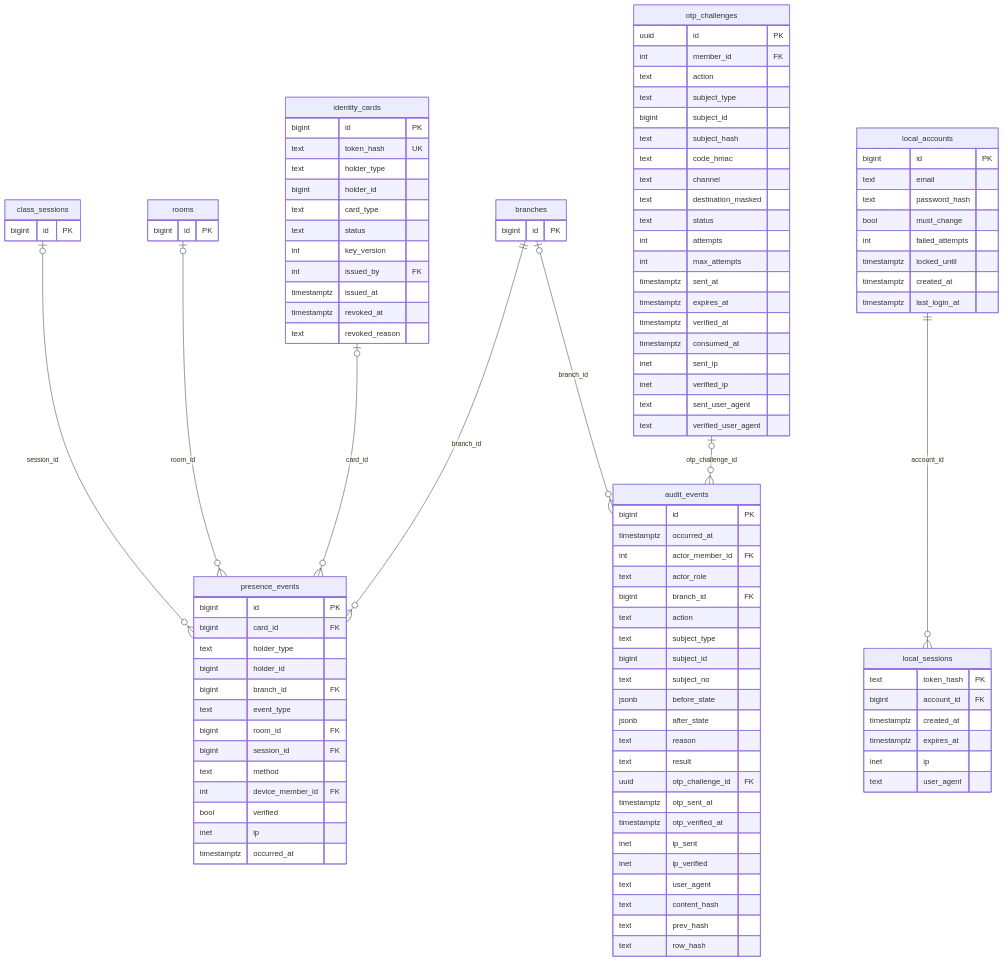
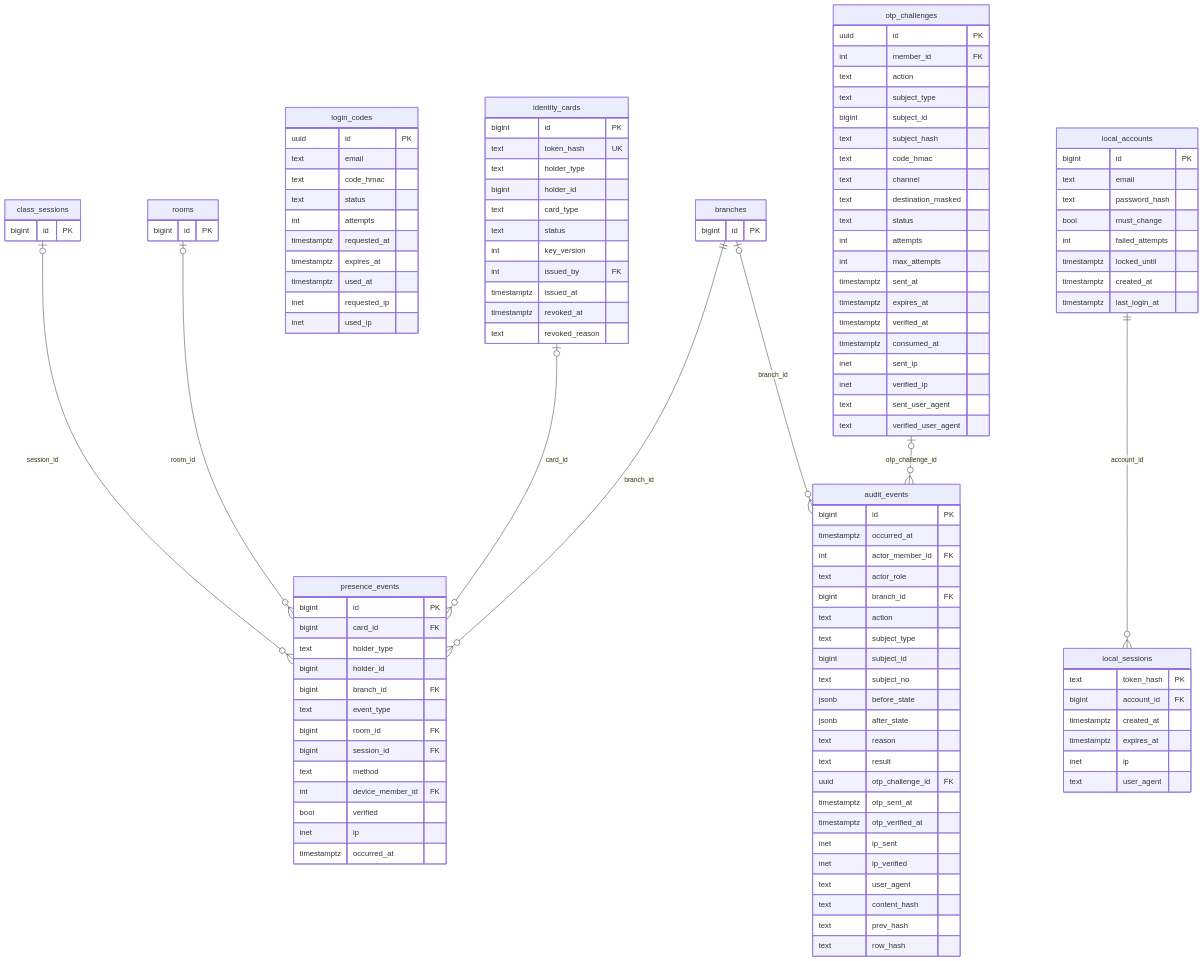
One commit to msafr5-web/saad-albaqmi changed the diagram in docs/database/er/security.mmd. Above: the diagram before and after it, drawn with Mermaid. The commit also changed 21 other files, not shown here.

```diff
--- a/docs/database/er/security.mmd
+++ b/docs/database/er/security.mmd
@@ -1,110 +1,122 @@
 %% الأمان والهوية والحضور - edges to org_members (created_by/approved_by/...) are omitted
 erDiagram
   audit_events {
     bigint id PK
     timestamptz occurred_at
     int actor_member_id FK
     text actor_role
     bigint branch_id FK
     text action
     text subject_type
     bigint subject_id
     text subject_no
     jsonb before_state
     jsonb after_state
     text reason
     text result
     uuid otp_challenge_id FK
     timestamptz otp_sent_at
     timestamptz otp_verified_at
     inet ip_sent
     inet ip_verified
     text user_agent
     text content_hash
     text prev_hash
     text row_hash
   }
   identity_cards {
     bigint id PK
     text token_hash UK
     text holder_type
     bigint holder_id
     text card_type
     text status
     int key_version
     int issued_by FK
     timestamptz issued_at
     timestamptz revoked_at
     text revoked_reason
   }
   local_accounts {
     bigint id PK
     text email
     text password_hash
     bool must_change
     int failed_attempts
     timestamptz locked_until
     timestamptz created_at
     timestamptz last_login_at
   }
   local_sessions {
     text token_hash PK
     bigint account_id FK
     timestamptz created_at
     timestamptz expires_at
     inet ip
     text user_agent
   }
+  login_codes {
+    uuid id PK
+    text email
+    text code_hmac
+    text status
+    int attempts
+    timestamptz requested_at
+    timestamptz expires_at
+    timestamptz used_at
+    inet requested_ip
+    inet used_ip
+  }
   otp_challenges {
     uuid id PK
     int member_id FK
     text action
     text subject_type
     bigint subject_id
     text subject_hash
     text code_hmac
     text channel
     text destination_masked
     text status
     int attempts
     int max_attempts
     timestamptz sent_at
     timestamptz expires_at
     timestamptz verified_at
     timestamptz consumed_at
     inet sent_ip
     inet verified_ip
     text sent_user_agent
     text verified_user_agent
   }
   presence_events {
     bigint id PK
     bigint card_id FK
     text holder_type
     bigint holder_id
     bigint branch_id FK
     text event_type
     bigint room_id FK
     bigint session_id FK
     text method
     int device_member_id FK
     bool verified
     inet ip
     timestamptz occurred_at
   }
   branches {
     bigint id PK
   }
   rooms {
     bigint id PK
   }
   class_sessions {
     bigint id PK
   }
   branches |o--o{ audit_events : "branch_id"
   otp_challenges |o--o{ audit_events : "otp_challenge_id"
   local_accounts ||--o{ local_sessions : "account_id"
   branches ||--o{ presence_events : "branch_id"
   identity_cards |o--o{ presence_events : "card_id"
   rooms |o--o{ presence_events : "room_id"
   class_sessions |o--o{ presence_events : "session_id"
```
